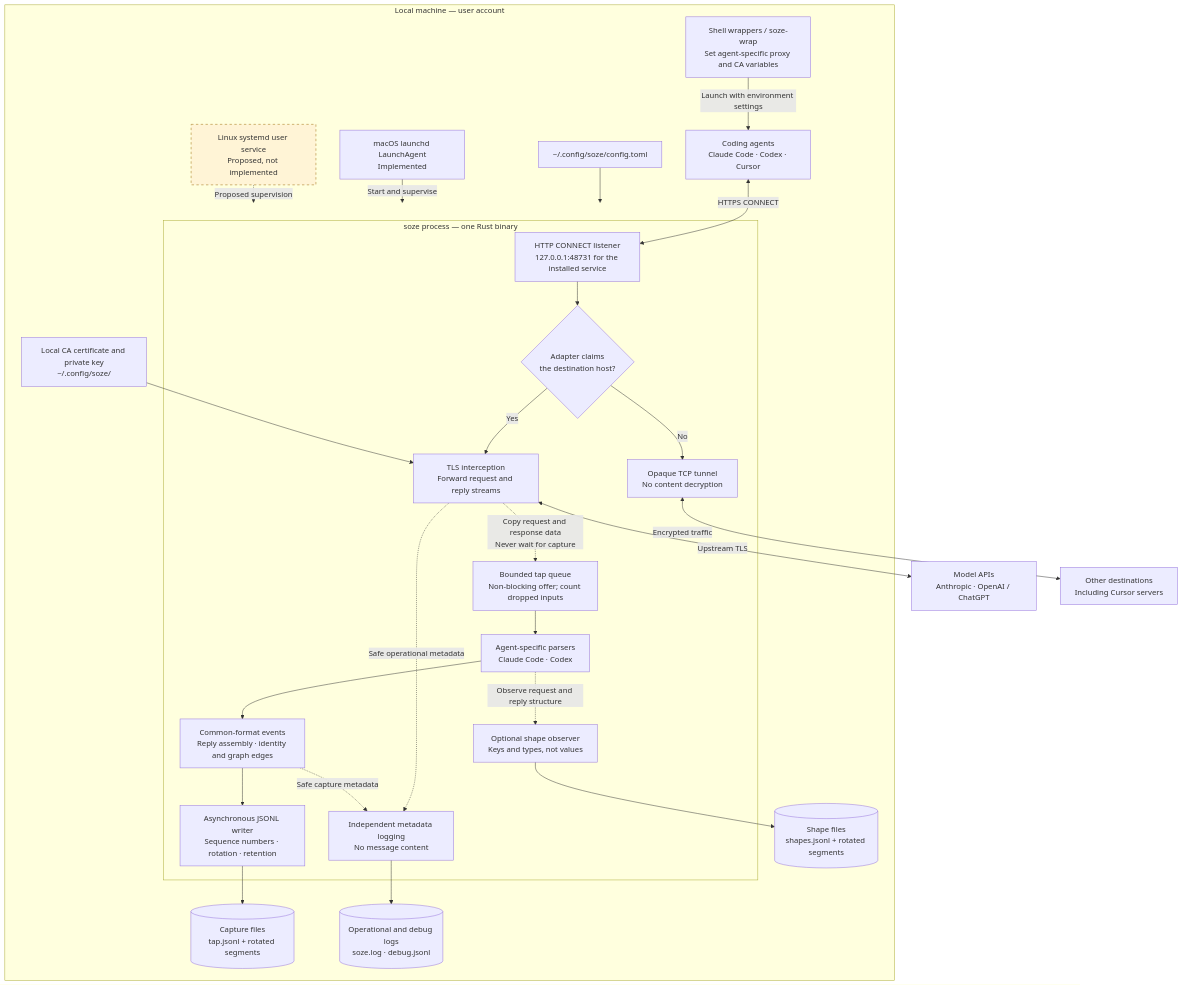
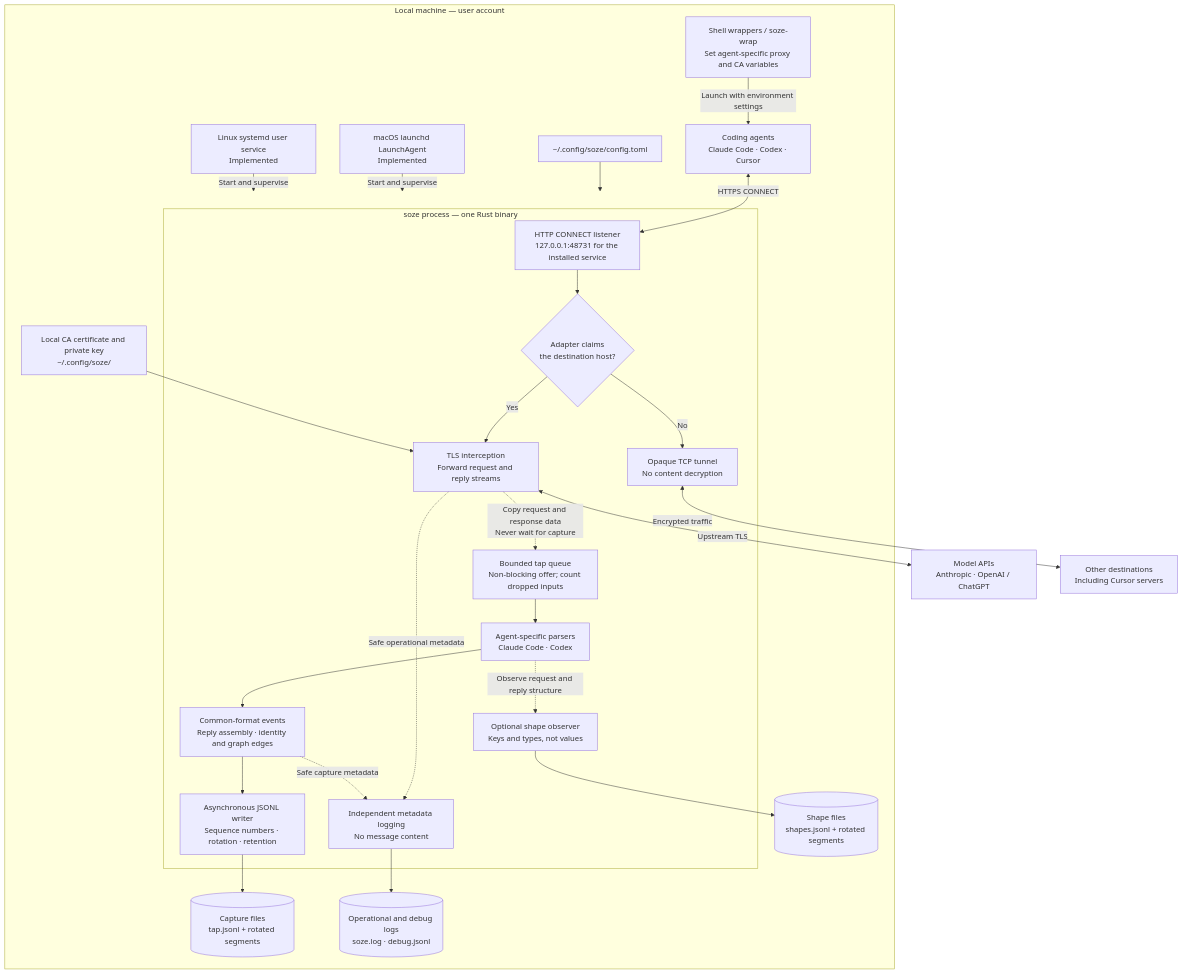
Before and after one commit to killallgit/kaiser-soze: the diagram in docs/architecture/system-overview.md, drawn with Mermaid. The commit also changed other lines of this file and 13 other files, not shown here.

Commit message:
Add Linux service management and real systemd Docker tests.

````diff
--- a/docs/architecture/system-overview.md
+++ b/docs/architecture/system-overview.md
@@ -13,56 +12,54 @@
 ```mermaid
 flowchart TB
     subgraph Local["Local machine — user account"]
         Wrappers["Shell wrappers / soze-wrap<br/>Set agent-specific proxy and CA variables"]
         Agents["Coding agents<br/>Claude Code · Codex · Cursor"]
 
         subgraph Service["soze process — one Rust binary"]
             Listener["HTTP CONNECT listener<br/>127.0.0.1:48731 for the installed service"]
             Route{"Adapter claims<br/>the destination host?"}
             Intercept["TLS interception<br/>Forward request and reply streams"]
             Tunnel["Opaque TCP tunnel<br/>No content decryption"]
             Queue["Bounded tap queue<br/>Non-blocking offer; count dropped inputs"]
             Adapters["Agent-specific parsers<br/>Claude Code · Codex"]
             Common["Common-format events<br/>Reply assembly · identity and graph edges"]
             Writer["Asynchronous JSONL writer<br/>Sequence numbers · rotation · retention"]
             Shapes["Optional shape observer<br/>Keys and types, not values"]
             Logging["Independent metadata logging<br/>No message content"]
         end
 
         Config["~/.config/soze/config.toml"]
         CA["Local CA certificate and private key<br/>~/.config/soze/"]
         Captures[("Capture files<br/>tap.jsonl + rotated segments")]
         ShapeFiles[("Shape files<br/>shapes.jsonl + rotated segments")]
         LogFiles[("Operational and debug logs<br/>soze.log · debug.jsonl")]
         Mac["macOS launchd LaunchAgent<br/>Implemented"]
-        Linux["Linux systemd user service<br/>Proposed, not implemented"]
+        Linux["Linux systemd user service<br/>Implemented"]
 
         Wrappers -->|"Launch with environment settings"| Agents
         Agents <-->|"HTTPS CONNECT"| Listener
         Listener --> Route
         Route -->|"Yes"| Intercept
         Route -->|"No"| Tunnel
         Intercept -.->|"Copy request and response data<br/>Never wait for capture"| Queue
         Queue --> Adapters
         Adapters --> Common
         Common --> Writer
         Writer --> Captures
         Adapters -.->|"Observe request and reply structure"| Shapes
         Shapes --> ShapeFiles
         Intercept -.->|"Safe operational metadata"| Logging
         Common -.->|"Safe capture metadata"| Logging
         Logging --> LogFiles
         Config --> Service
         CA --> Intercept
         Mac -->|"Start and supervise"| Service
-        Linux -.->|"Proposed supervision"| Service
+        Linux -->|"Start and supervise"| Service
     end
 
     Models["Model APIs<br/>Anthropic · OpenAI / ChatGPT"]
     Other["Other destinations<br/>Including Cursor servers"]
     Intercept <-->|"Upstream TLS"| Models
     Tunnel <-->|"Encrypted traffic"| Other
 
-    classDef proposed fill:#fff4d6,stroke:#9a6700,stroke-dasharray:5 5;
-    class Linux proposed;
 ```
````
